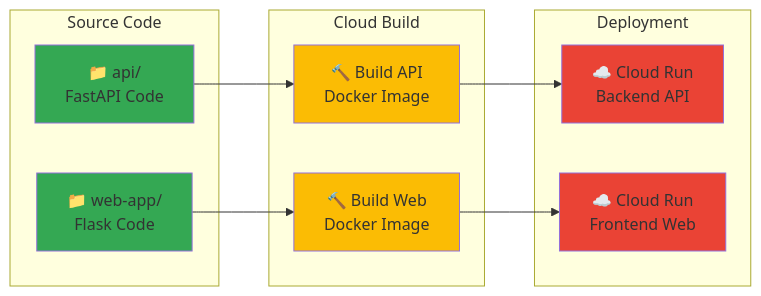
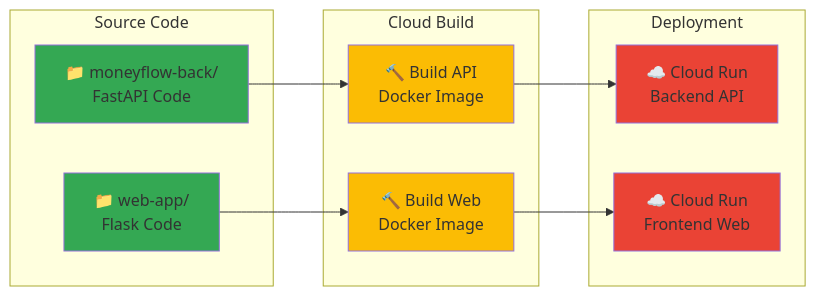
Before and after one commit to zelima/money-flow: the sixth of 6 diagrams in ARCHITECTURE.md, drawn with Mermaid. The commit also changed 25 other files, not shown here.

Commit message:
api -> moneyflow-back

````diff
--- a/ARCHITECTURE.md
+++ b/ARCHITECTURE.md
@@ -315,30 +315,30 @@
 ```mermaid
 graph LR
     subgraph "Source Code"
-        API["📁 api/<br/>FastAPI Code"]
+        API["📁 moneyflow-back/<br/>FastAPI Code"]
         WebApp["📁 web-app/<br/>Flask Code"]
     end
 
     subgraph "Cloud Build"
         BuildAPI["🔨 Build API<br/>Docker Image"]
         BuildWeb["🔨 Build Web<br/>Docker Image"]
     end
 
     subgraph "Deployment"
         CloudRunAPI["☁️ Cloud Run<br/>Backend API"]
         CloudRunWeb["☁️ Cloud Run<br/>Frontend Web"]
     end
 
     API --> BuildAPI
     WebApp --> BuildWeb
     BuildAPI --> CloudRunAPI
     BuildWeb --> CloudRunWeb
 
     classDef source fill:#34a853
     classDef build fill:#fbbc04
     classDef deploy fill:#ea4335
 
     class API,WebApp source
     class BuildAPI,BuildWeb build
     class CloudRunAPI,CloudRunWeb deploy
 ```
````
